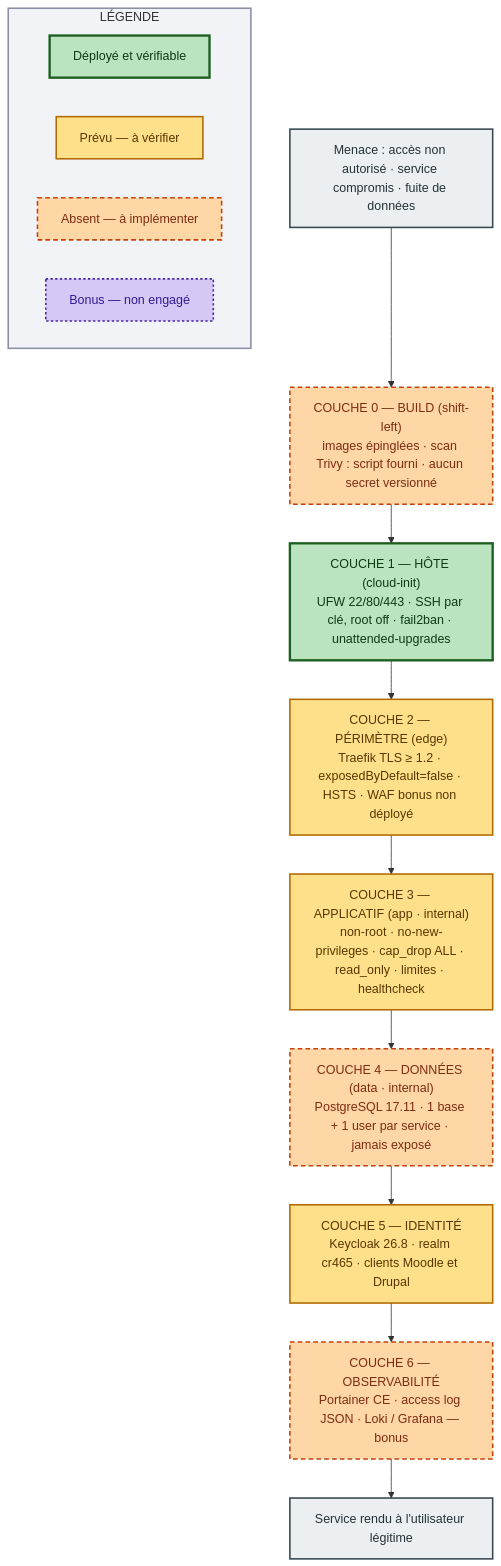
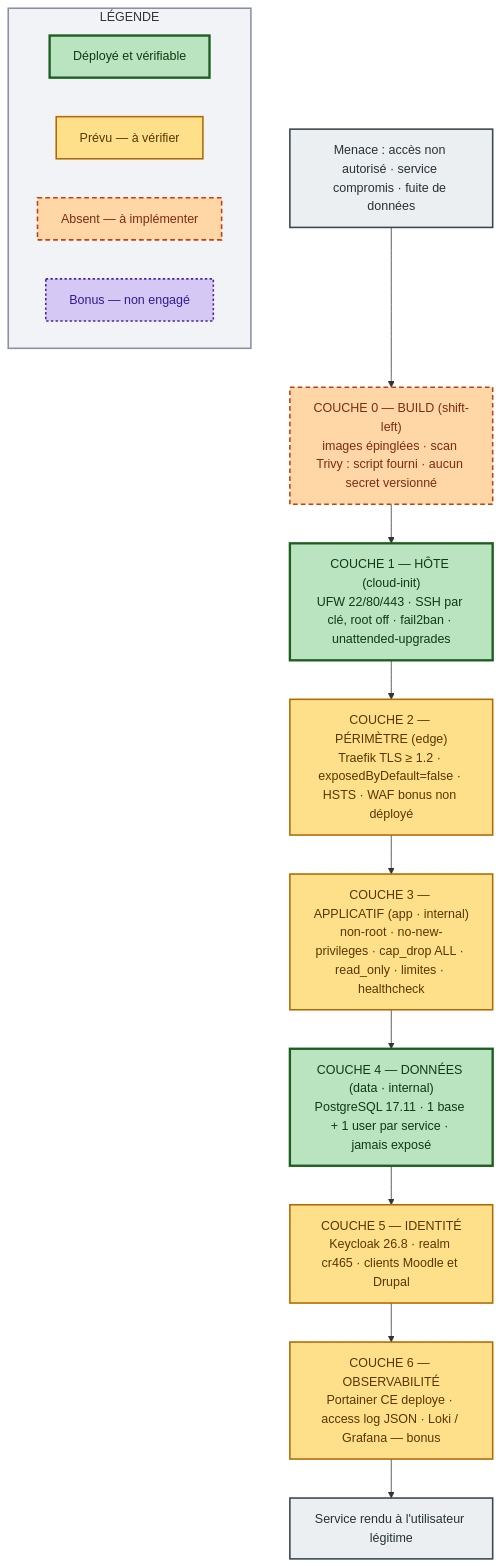
The diagram in docs/architecture/05-defense-en-profondeur.md (20GHhub19/CR465-travail-de-session), drawn with Mermaid before and after one commit. The commit also changed other lines of this file and 8 other files, not shown here.

````diff
--- a/docs/architecture/05-defense-en-profondeur.md
+++ b/docs/architecture/05-defense-en-profondeur.md
@@ -10,41 +10,41 @@
 ```mermaid
 flowchart TB
     MENACE["Menace : accès non autorisé · service compromis · fuite de données"]
 
     C0["COUCHE 0 — BUILD (shift-left)<br/>images épinglées · scan Trivy : script fourni · aucun secret versionné"]
     C1["COUCHE 1 — HÔTE (cloud-init)<br/>UFW 22/80/443 · SSH par clé, root off · fail2ban · unattended-upgrades"]
     C2["COUCHE 2 — PÉRIMÈTRE (edge)<br/>Traefik TLS ≥ 1.2 · exposedByDefault=false · HSTS · WAF bonus non déployé"]
     C3["COUCHE 3 — APPLICATIF (app · internal)<br/>non-root · no-new-privileges · cap_drop ALL · read_only · limites · healthcheck"]
     C4["COUCHE 4 — DONNÉES (data · internal)<br/>PostgreSQL 17.11 · 1 base + 1 user par service · jamais exposé"]
     C5["COUCHE 5 — IDENTITÉ<br/>Keycloak 26.8 · realm cr465 · clients Moodle et Drupal"]
-    C6["COUCHE 6 — OBSERVABILITÉ<br/>Portainer CE · access log JSON · Loki / Grafana — bonus"]
+    C6["COUCHE 6 — OBSERVABILITÉ<br/>Portainer CE deploye · access log JSON · Loki / Grafana — bonus"]
 
     SERVICE["Service rendu à l'utilisateur légitime"]
 
     MENACE --> C0 --> C1 --> C2 --> C3 --> C4 --> C5 --> C6 --> SERVICE
 
     subgraph LEG["LÉGENDE"]
         direction LR
         G1["Déployé et vérifiable"]
         G2["Prévu — à vérifier"]
         G3["Absent — à implémenter"]
         G4["Bonus — non engagé"]
     end
 
     classDef deployed fill:#b9e4bf,stroke:#1b5e20,stroke-width:3px,color:#0d3b12
     classDef partial fill:#ffe08a,stroke:#b26a00,stroke-width:2px,color:#5a3600
     classDef toBuild fill:#ffd6a5,stroke:#c2410c,stroke-width:2px,stroke-dasharray:6 4,color:#7c2d12
     classDef bonus fill:#d6c8f5,stroke:#4527a0,stroke-width:2px,stroke-dasharray:3 3,color:#311b92
     classDef zone fill:#f2f3f7,stroke:#8a8fa3,stroke-width:2px
     classDef bookend fill:#eceff1,stroke:#37474f,stroke-width:2px,color:#263238
 
     class C1,C4 deployed
-    class C2,C3,C5 partial
-    class C0,C4,C6 toBuild
+    class C2,C3,C5,C6 partial
+    class C0 toBuild
     class MENACE,SERVICE bookend
     class G1 deployed
     class G2 partial
     class G3 toBuild
     class G4 bonus
     class LEG zone
 ```
````
